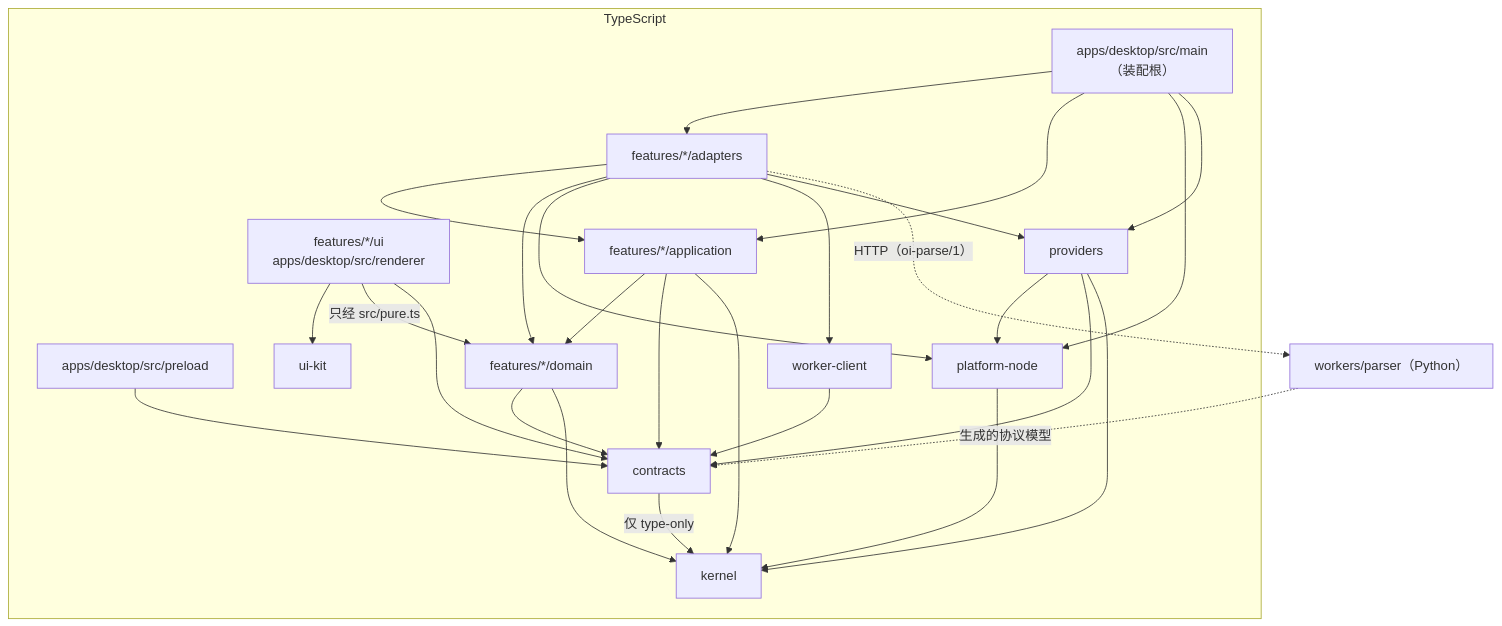
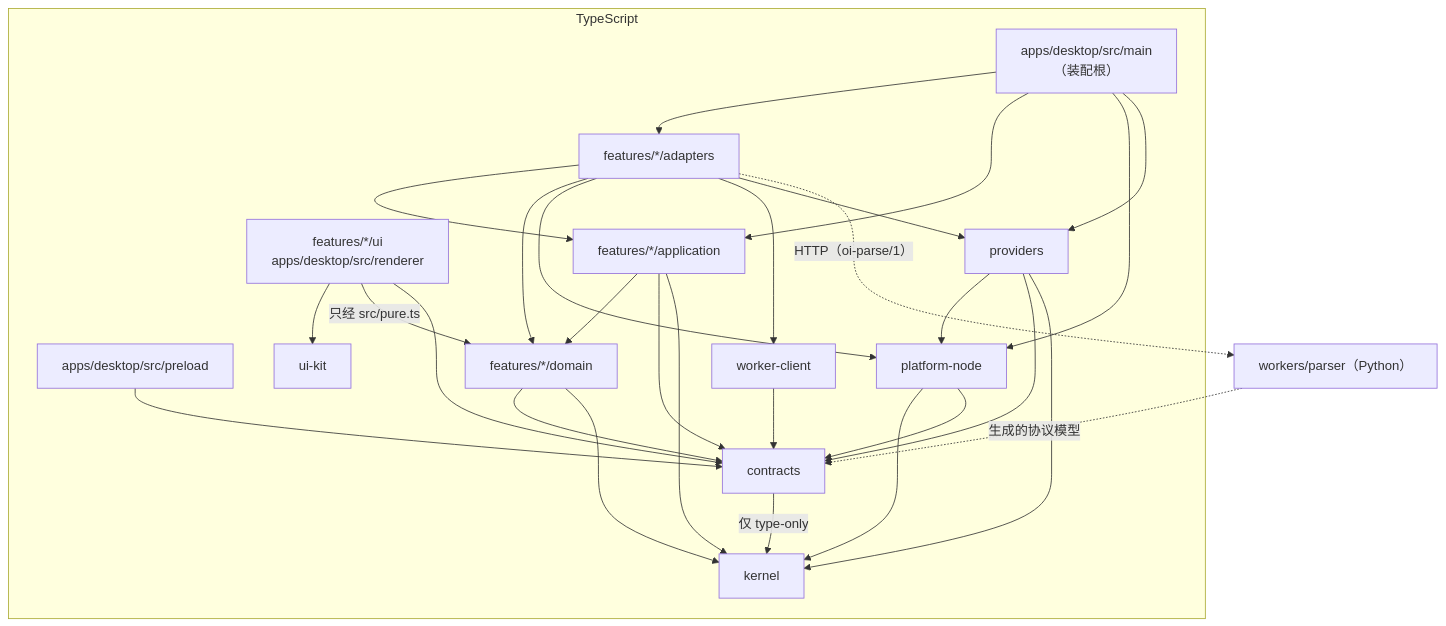
Before and after one commit to wisdom-km/open-immerse-v2: the third of 6 diagrams in ARCHITECTURE.md, drawn with Mermaid. The commit also changed other lines of this file and 1 other file, not shown here.

````diff
--- a/ARCHITECTURE.md
+++ b/ARCHITECTURE.md
@@ -645,45 +645,46 @@
 ```mermaid
 flowchart TB
   subgraph TS["TypeScript"]
     UI["features/*/ui<br/>apps/desktop/src/renderer"]
     PRE["apps/desktop/src/preload"]
     MAIN["apps/desktop/src/main<br/>（装配根）"]
     ADP["features/*/adapters"]
     APP["features/*/application"]
     DOM["features/*/domain"]
     PN["platform-node"]
     WC["worker-client"]
     PV["providers"]
     UK["ui-kit"]
     C["contracts"]
     K["kernel"]
   end
   PY["workers/parser（Python）"]
 
   UI --> UK
   UI -- "只经 src/pure.ts" --> DOM
   UI --> C
   PRE --> C
   MAIN --> ADP
   MAIN --> APP
   MAIN --> PN
   MAIN --> PV
   ADP --> APP
   ADP --> DOM
   ADP --> PN
   ADP --> WC
   ADP --> PV
   APP --> DOM
   APP --> C
   DOM --> C
   DOM --> K
   APP --> K
   PN --> K
+  PN --> C
   WC --> C
   PV --> PN
   PV --> C
   PV --> K
   ADP -. "HTTP（oi-parse/1）" .-> PY
   PY -. "生成的协议模型" .-> C
   C -- "仅 type-only" --> K
 ```
````
